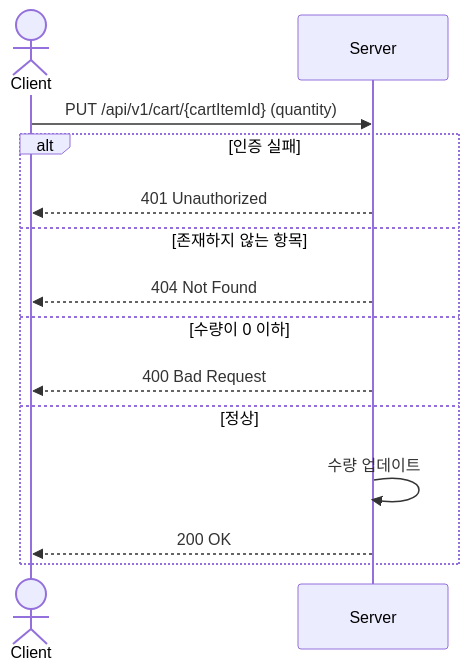
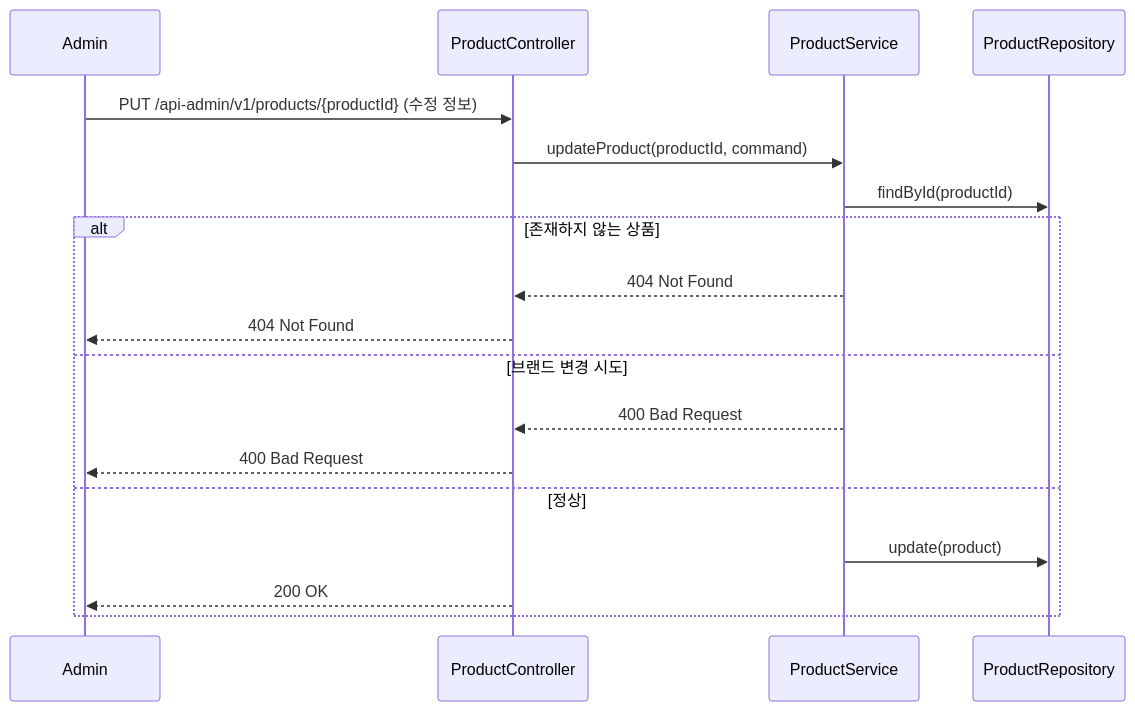
Before and after one commit to loopers-labs/loop-pack-be-l2-vol4-java: diagram 14 of 34 in .docs/design/sequence-diagrams.md, drawn with Mermaid. The commit also changed other lines of this file and 1 other file, not shown here.

Commit message:
fix: 관리자 모듈 지우고 각 브랜드&상품-어드민, 주문-어드민으로 분리 브랜드&상품 누락 유스케이스 추가 어드민 권한 확인 로직 main flow 에 추가

````diff
--- a/.docs/design/sequence-diagrams.md
+++ b/.docs/design/sequence-diagrams.md
@@ -311,17 +334,22 @@
 ```mermaid
 sequenceDiagram
-    actor Client
-    participant Server
+    participant Admin
+    participant ProductController
+    participant ProductService
+    participant ProductRepository
 
-    Client->>Server: PUT /api/v1/cart/{cartItemId} (quantity)
-    alt 인증 실패
-        Server-->>Client: 401 Unauthorized
-    else 존재하지 않는 항목
-        Server-->>Client: 404 Not Found
-    else 수량이 0 이하
-        Server-->>Client: 400 Bad Request
+    Admin->>ProductController: PUT /api-admin/v1/products/{productId} (수정 정보)
+    ProductController->>ProductService: updateProduct(productId, command)
+    ProductService->>ProductRepository: findById(productId)
+
+    alt 존재하지 않는 상품
+        ProductService-->>ProductController: 404 Not Found
+        ProductController-->>Admin: 404 Not Found
+    else 브랜드 변경 시도
+        ProductService-->>ProductController: 400 Bad Request
+        ProductController-->>Admin: 400 Bad Request
     else 정상
-        Server->>Server: 수량 업데이트
-        Server-->>Client: 200 OK
+        ProductService->>ProductRepository: update(product)
+        ProductController-->>Admin: 200 OK
     end
 ```
````
